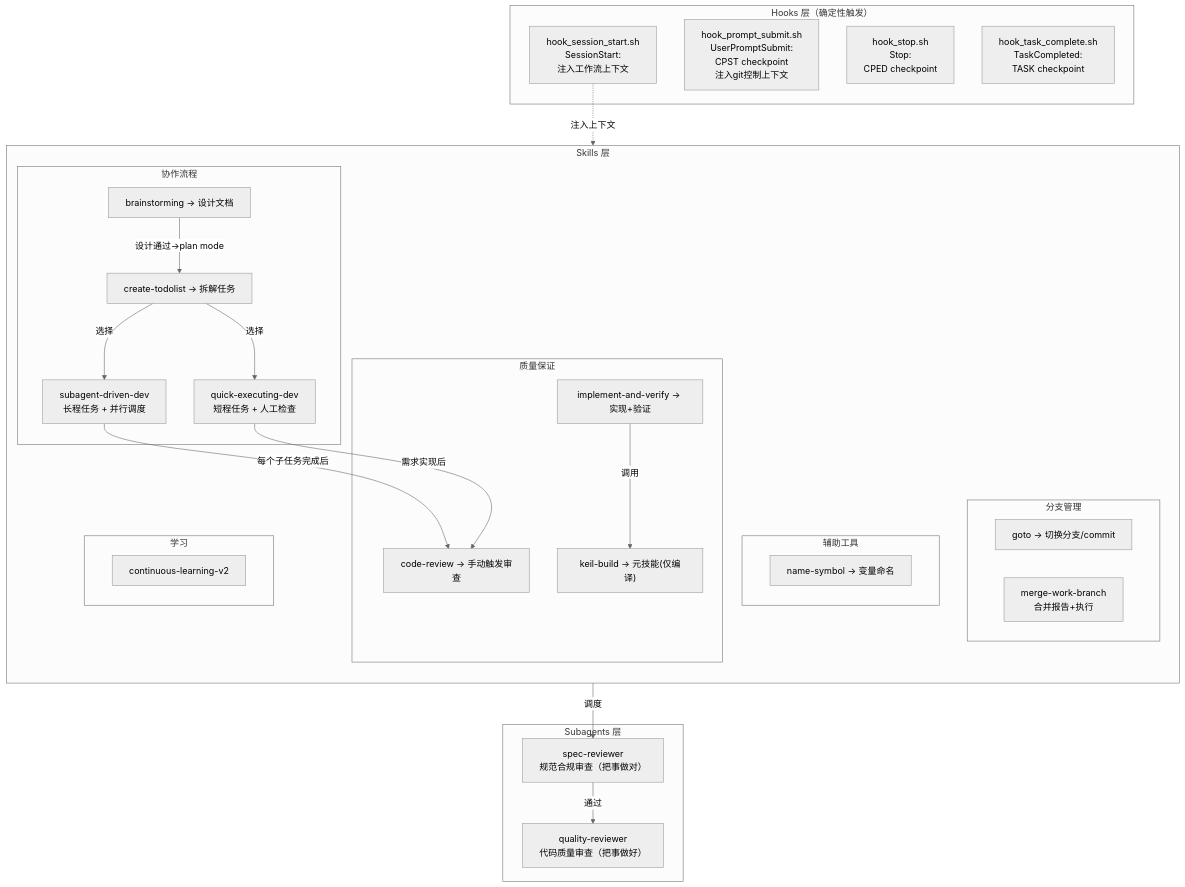
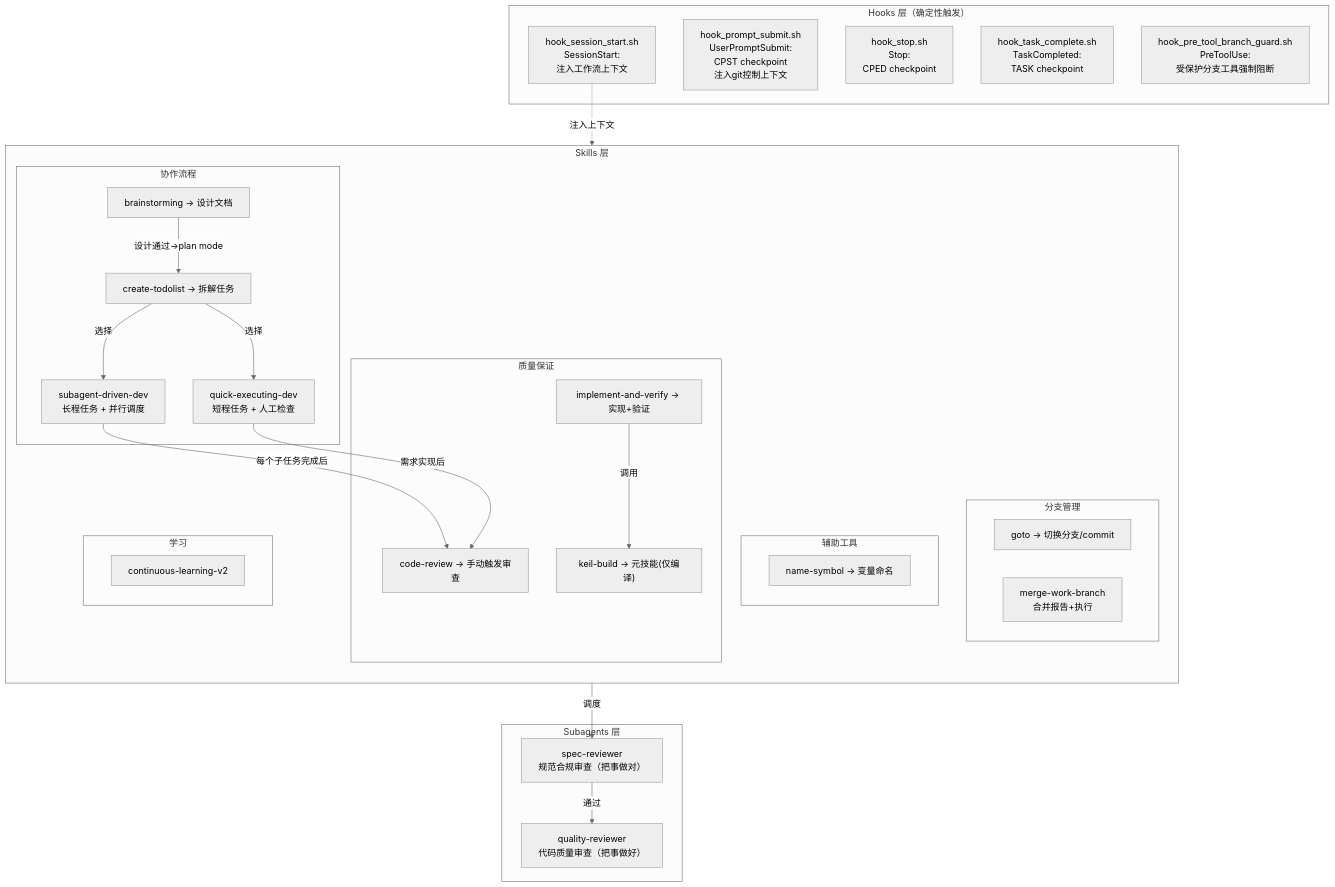
Before and after one commit to PatientPython/CHASSIS_Patience: the first of 2 diagrams in References/PlanPrompt/utimate_plan.md, drawn with Mermaid (neutral theme). The commit also changed other lines of this file and 38 other files, not shown here.

````diff
--- a/References/PlanPrompt/utimate_plan.md
+++ b/References/PlanPrompt/utimate_plan.md
@@ -11,49 +15,50 @@
 ```mermaid
 graph TB
     subgraph "Hooks 层（确定性触发）"
         H1["hook_session_start.sh<br/>SessionStart:<br/>注入工作流上下文"]
         H2["hook_prompt_submit.sh<br/>UserPromptSubmit:<br/>CPST checkpoint<br/>注入git控制上下文"]
         H3["hook_stop.sh<br/>Stop:<br/>CPED checkpoint"]
         H4["hook_task_complete.sh<br/>TaskCompleted:<br/>TASK checkpoint"]
+      H5["hook_pre_tool_branch_guard.sh<br/>PreToolUse:<br/>受保护分支工具强制阻断"]
     end
 
     subgraph "Skills 层"
         direction TB
         subgraph "协作流程"
             S1["brainstorming → 设计文档"]
             S2["create-todolist → 拆解任务"]
             S3["subagent-driven-dev<br/>长程任务 + 并行调度"]
             S4["quick-executing-dev<br/>短程任务 + 人工检查"]
         end
         subgraph "质量保证"
             S5["code-review → 手动触发审查"]
             S6["implement-and-verify → 实现+验证"]
             S7["keil-build → 元技能(仅编译)"]
         end
         subgraph "分支管理"
             S9["goto → 切换分支/commit"]
             S10["merge-work-branch<br/>合并报告+执行"]
         end
         subgraph "辅助工具"
             S12["name-symbol → 变量命名"]
         end
         subgraph "学习"
             S15["continuous-learning-v2"]
         end
     end
 
     subgraph "Subagents 层"
         A2["spec-reviewer<br/>规范合规审查（把事做对）"]
         A3["quality-reviewer<br/>代码质量审查（把事做好）"]
     end
 
     H1 -.->|注入上下文| S1
     S1 -->|设计通过→plan mode| S2
     S2 -->|选择| S3
     S2 -->|选择| S4
     S3 -->|每个子任务完成后| S5
     S4 -->|需求实现后| S5
     S5 -->|调度| A2
     A2 -->|通过| A3
     S6 -->|调用| S7
 ```
````
